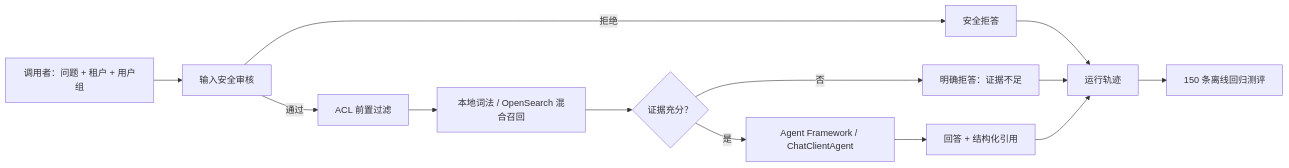
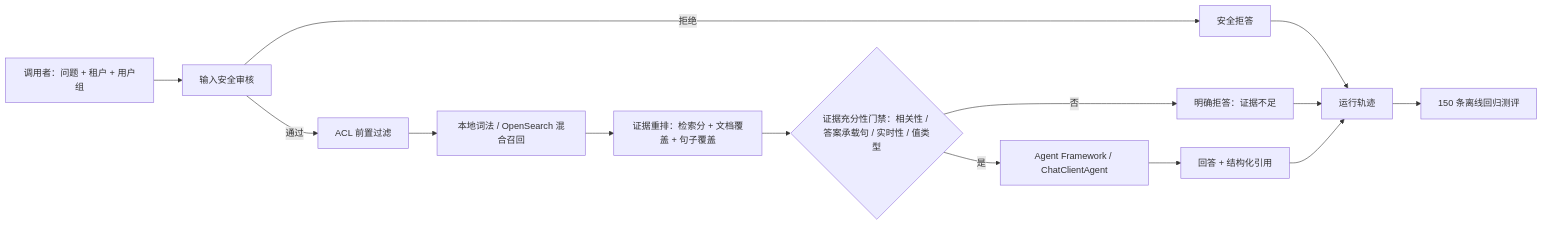
Before and after one commit to xiaocaiisxiaocai/AiMentor: the diagram in README.md, drawn with Mermaid. The commit also changed other lines of this file and 8 other files, not shown here.

````diff
--- a/README.md
+++ b/README.md
@@ -16,15 +16,16 @@
 ```mermaid
 flowchart LR
     U["调用者：问题 + 租户 + 用户组"] --> S["输入安全审核"]
     S -->|拒绝| R["安全拒答"]
     S -->|通过| A["ACL 前置过滤"]
     A --> K["本地词法 / OpenSearch 混合召回"]
-    K --> G{"证据充分？"}
+    K --> Q["证据重排：检索分 + 文档覆盖 + 句子覆盖"]
+    Q --> G{"证据充分性门禁：相关性 / 答案承载句 / 实时性 / 值类型"}
     G -->|否| N["明确拒答：证据不足"]
     G -->|是| M["Agent Framework / ChatClientAgent"]
     M --> C["回答 + 结构化引用"]
     R --> T["运行轨迹"]
     N --> T
     C --> T
     T --> E["150 条离线回归测评"]
 ```
````
